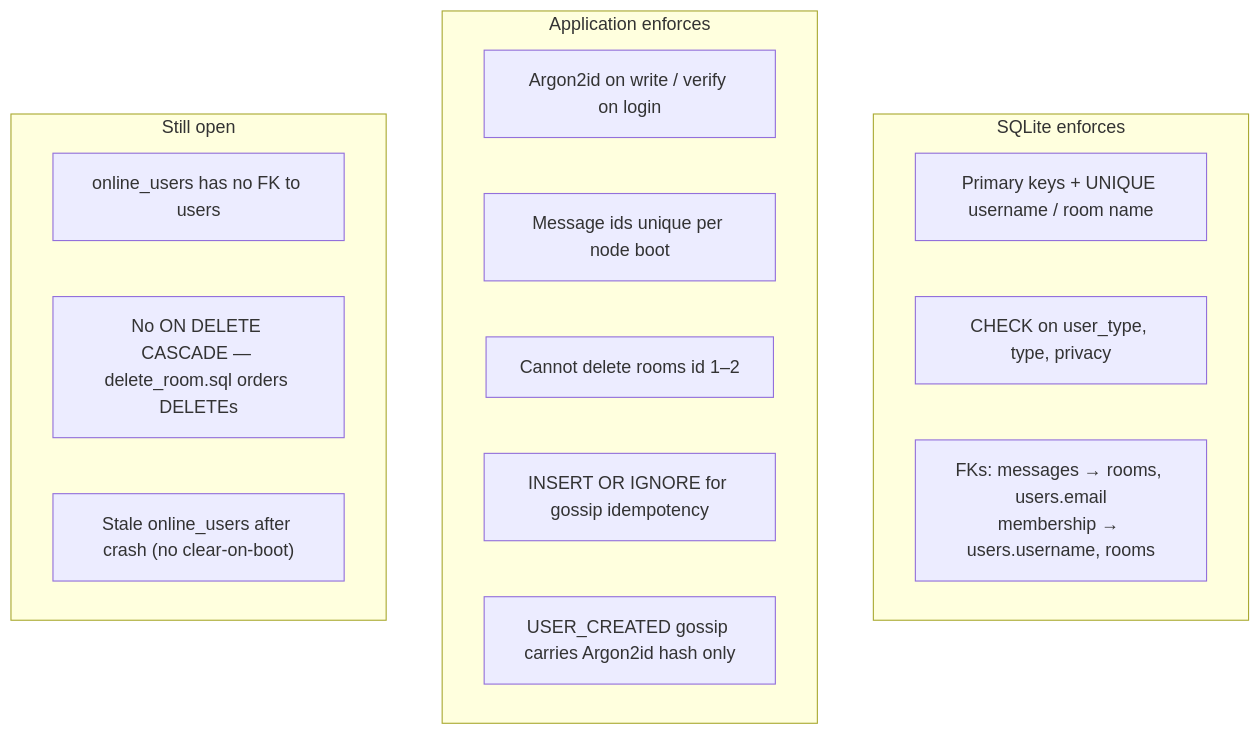
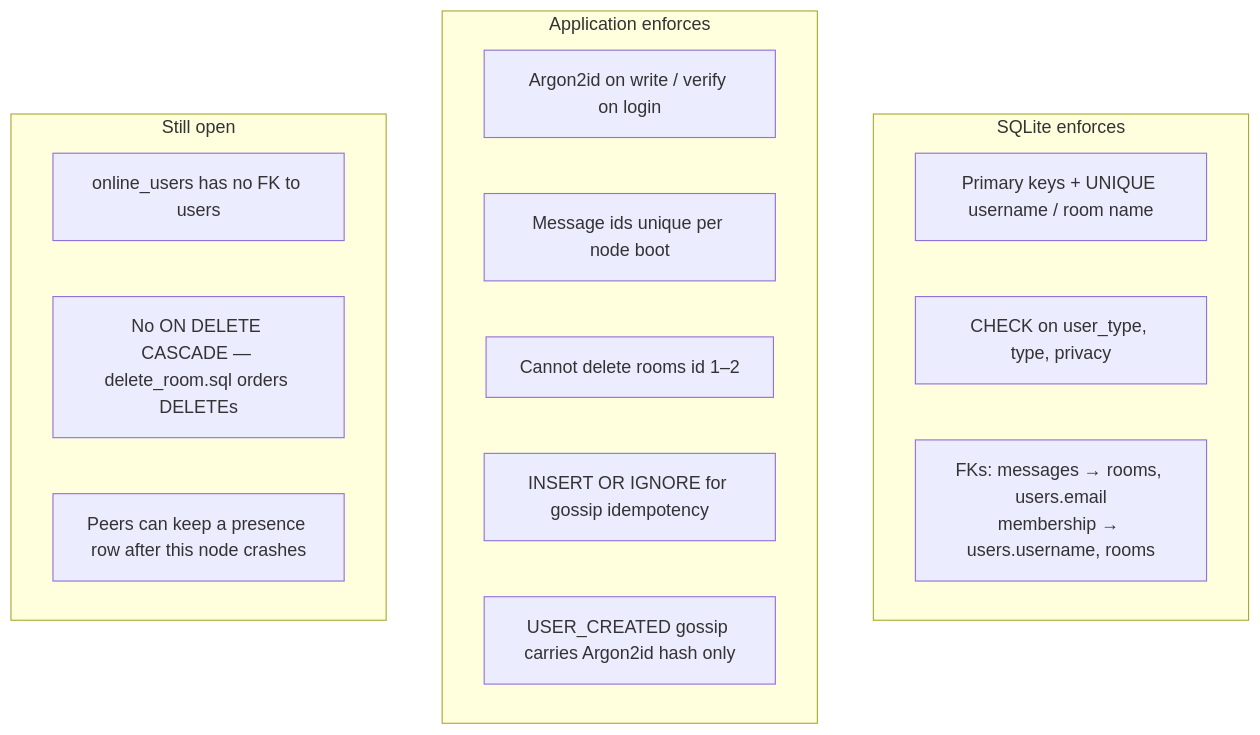
The ninth of 9 diagrams in database.md (OmriSpitzer/Distributed-Chat-Server), drawn with Mermaid before and after one commit. The commit also changed other lines of this file and 11 other files, not shown here.

````diff
--- a/database.md
+++ b/database.md
@@ -443,22 +443,22 @@
 ```mermaid
 flowchart TB
   subgraph Enforced["SQLite enforces"]
     PK["Primary keys + UNIQUE username / room name"]
     CK["CHECK on user_type, type, privacy"]
     FK["FKs: messages → rooms, users.email<br/>membership → users.username, rooms"]
   end
 
   subgraph App["Application enforces"]
     HASH["Argon2id on write / verify on login"]
     MID["Message ids unique per node boot"]
     SEED["Cannot delete rooms id 1–2"]
     IGN["INSERT OR IGNORE for gossip idempotency"]
     GossipHash["USER_CREATED gossip carries Argon2id hash only"]
   end
 
   subgraph Gaps["Still open"]
     OFK["online_users has no FK to users"]
     Casc["No ON DELETE CASCADE — delete_room.sql orders DELETEs"]
-    Boot["Stale online_users after crash (no clear-on-boot)"]
+    Boot["Peers can keep a presence row after this node crashes"]
   end
 ```
````
